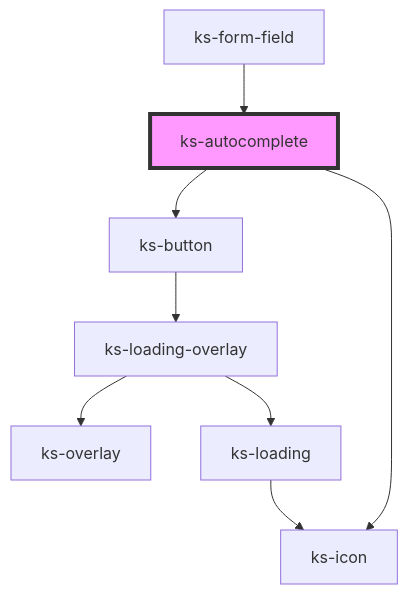
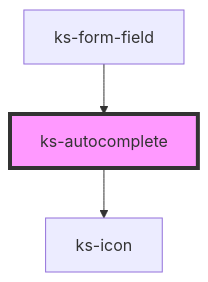
The diagram in src/scripts/components/form-field/autocomplete/readme.md (kickstand-ui/kickstand-ui), drawn with Mermaid before and after one commit. The commit also changed other lines of this file and 4 other files, not shown here.

````diff
--- a/src/scripts/components/form-field/autocomplete/readme.md
+++ b/src/scripts/components/form-field/autocomplete/readme.md
@@ -56,11 +55,6 @@
 ```mermaid
 graph TD;
-  ks-autocomplete --> ks-button
   ks-autocomplete --> ks-icon
-  ks-button --> ks-loading-overlay
-  ks-loading-overlay --> ks-overlay
-  ks-loading-overlay --> ks-loading
-  ks-loading --> ks-icon
   ks-form-field --> ks-autocomplete
   style ks-autocomplete fill:#f9f,stroke:#333,stroke-width:4px
 ```
````
